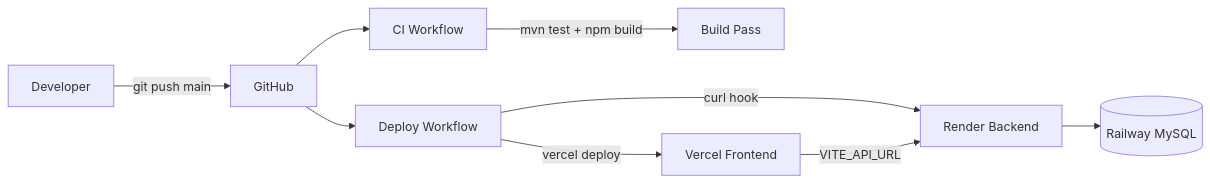
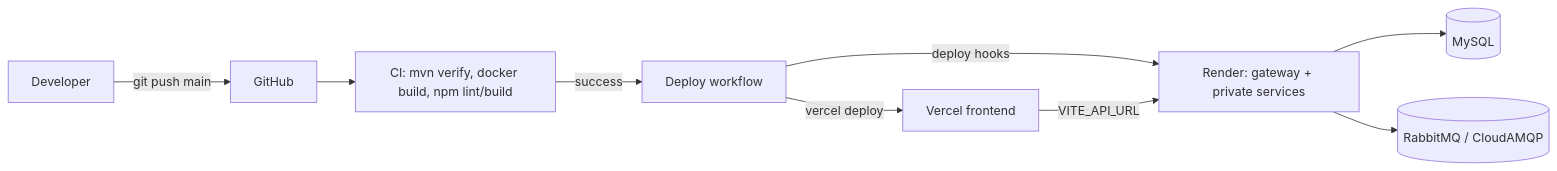
Before and after one commit to manisai03/Globalco: the fourth of 4 diagrams in docs/ARCHITECTURE.md, drawn with Mermaid. The commit also changed other lines of this file and 415 other files, not shown here.

````diff
--- a/docs/ARCHITECTURE.md
+++ b/docs/ARCHITECTURE.md
@@ -186,11 +207,11 @@
 ```mermaid
 flowchart LR
     DEV[Developer] -->|git push main| GH[GitHub]
-    GH --> CI[CI Workflow]
-    GH --> DEP[Deploy Workflow]
-    CI -->|mvn test + npm build| PASS[Build Pass]
-    DEP -->|curl hook| REN[Render Backend]
-    DEP -->|vercel deploy| VER[Vercel Frontend]
-    REN --> MYSQL[(Railway MySQL)]
+    GH --> CI[CI: mvn verify, docker build, npm lint/build]
+    CI -->|success| DEP[Deploy workflow]
+    DEP -->|deploy hooks| REN[Render: gateway + private services]
+    DEP -->|vercel deploy| VER[Vercel frontend]
+    REN --> MYSQL[(MySQL)]
+    REN --> AMQP[(RabbitMQ / CloudAMQP)]
     VER -->|VITE_API_URL| REN
 ```
````
